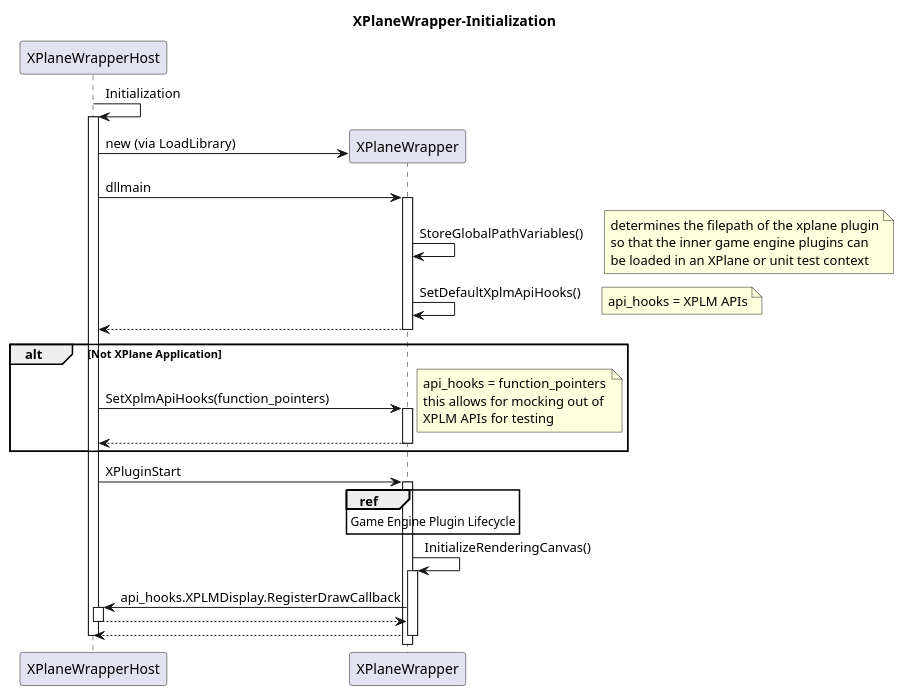
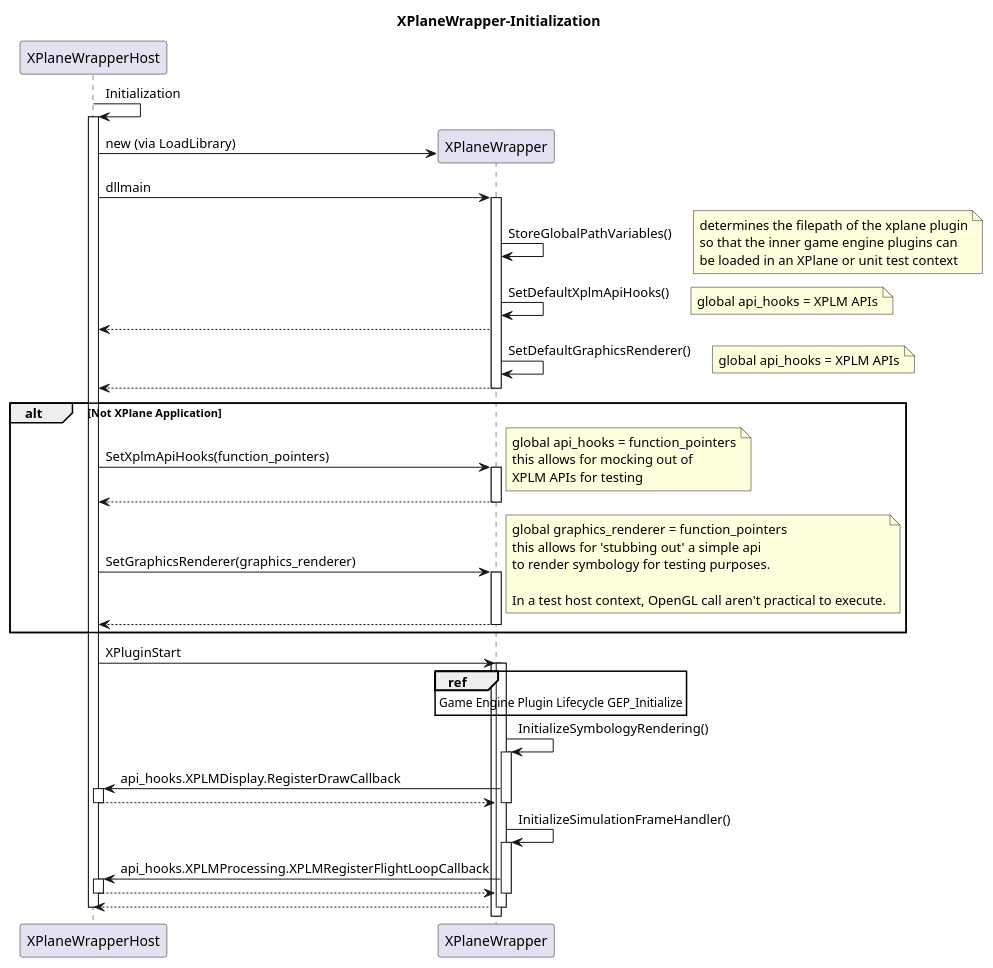
Before and after one commit to stevostj/Sandbox: the diagram in GameEnginePlugin/Docs/SourceDiagrams/GameEnginePlugin-XPlaneWrapperInitialization-Sequence.plantuml, drawn with PlantUML. The commit also changed 9 other files, not shown here.

Commit message:
updating design with api structs, flight loop

```diff
--- a/GameEnginePlugin/Docs/SourceDiagrams/GameEnginePlugin-XPlaneWrapperInitialization-Sequence.plantuml
+++ b/GameEnginePlugin/Docs/SourceDiagrams/GameEnginePlugin-XPlaneWrapperInitialization-Sequence.plantuml
@@ -1,58 +1,89 @@
 @startuml
 
 title "XPlaneWrapper-Initialization"
 
-participant "XPlaneWrapperHost" as HA
+participant "XPlaneWrapperHost" as XPWH
 
-HA -> HA: Initialization
-activate HA
+XPWH -> XPWH: Initialization
+activate XPWH
 
-create participant "XPlaneWrapper" as HAI
-HA -> HAI: new (via LoadLibrary)
-HA -> HAI: dllmain
-activate HAI
-HAI -> HAI: StoreGlobalPathVariables()
+create participant "XPlaneWrapper" as XPW
+XPWH -> XPW: new (via LoadLibrary)
+XPWH -> XPW: dllmain
+activate XPW
+XPW -> XPW: StoreGlobalPathVariables()
 note right
 determines the filepath of the xplane plugin
 so that the inner game engine plugins can
 be loaded in an XPlane or unit test context
 end note
-HAI -> HAI: SetDefaultXplmApiHooks()
+XPW -> XPW: SetDefaultXplmApiHooks()
 note right
-api_hooks = XPLM APIs
+global api_hooks = XPLM APIs
 end note
-HAI --> HA
-deactivate HAI
+XPW --> XPWH
+
+XPW -> XPW: SetDefaultGraphicsRenderer()
+note right
+global api_hooks = XPLM APIs
+end note
+XPW --> XPWH
+
+deactivate XPW
 
 alt Not XPlane Application
-HA -> HAI: SetXplmApiHooks(function_pointers)
+XPWH -> XPW: SetXplmApiHooks(function_pointers)
 note right
-api_hooks = function_pointers
+global api_hooks = function_pointers
 this allows for mocking out of 
 XPLM APIs for testing
 end note
-activate HAI
-HAI --> HA
-deactivate HAI
+activate XPW
+XPW --> XPWH
+deactivate XPW
+
+XPWH -> XPW: SetGraphicsRenderer(graphics_renderer)
+note right
+global graphics_renderer = function_pointers
+this allows for 'stubbing out' a simple api
+to render symbology for testing purposes.
+
+In a test host context, OpenGL call aren't practical to execute.
+end note
+activate XPW
+XPW --> XPWH
+deactivate XPW
 end
 
-HA -> HAI: XPluginStart
-activate HAI
-ref over HAI
-Game Engine Plugin Lifecycle
+XPWH -> XPW: XPluginStart
+activate XPW
+ref over XPW
+Game Engine Plugin Lifecycle GEP_Initialize
 end ref
 
-HAI -> HAI: InitializeRenderingCanvas()
-activate HAI
-HAI -> HA: api_hooks.XPLMDisplay.RegisterDrawCallback
-activate HA
-HA --> HAI
-deactivate HA
+activate XPW
+XPW -> XPW: InitializeSymbologyRendering()
+activate XPW
+XPW -> XPWH: api_hooks.XPLMDisplay.RegisterDrawCallback
+activate XPWH
+XPWH --> XPW
+deactivate XPWH
+deactivate XPW
 
-HAI --> HA
-deactivate HAI
+XPW -> XPW: InitializeSimulationFrameHandler()
+activate XPW
+XPW -> XPWH: api_hooks.XPLMProcessing.XPLMRegisterFlightLoopCallback
+activate XPWH
+XPWH --> XPW
+deactivate XPWH
+deactivate XPW
 
-deactivate HA
+XPW --> XPWH
+deactivate XPW
+
+
+
+deactivate XPWH
 
 
 @enduml
```
